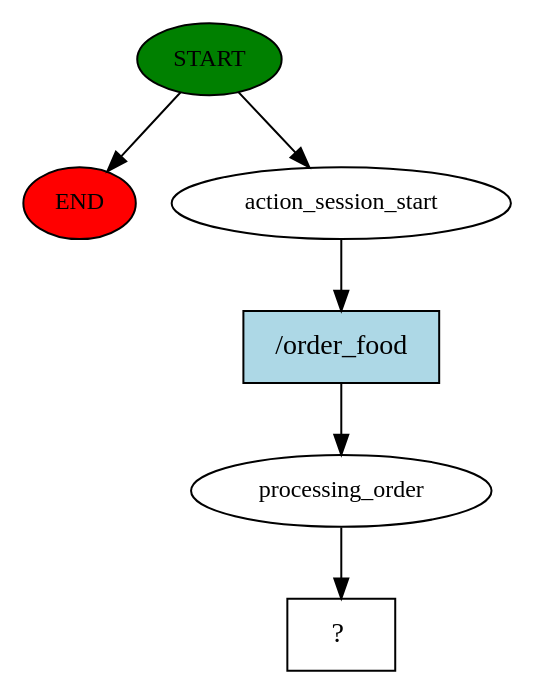
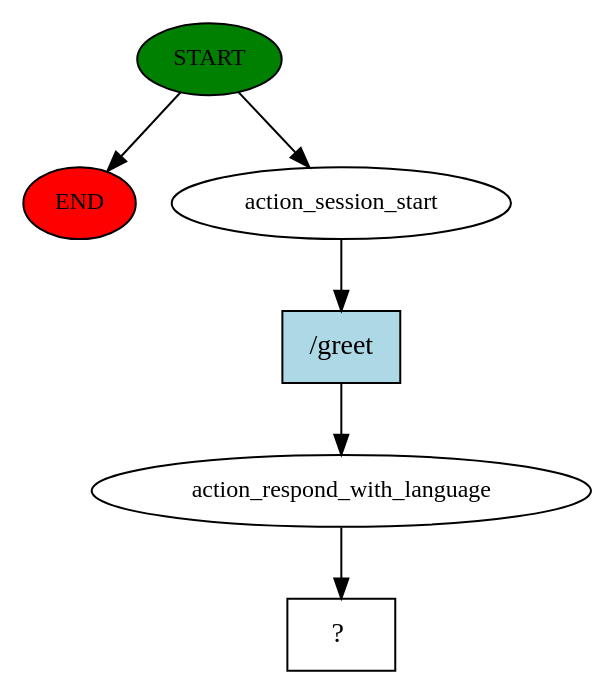
Before and after one commit to mhd-medfa/RasaRookie: the diagram in story_graph.dot, drawn with Graphviz. The commit also changed 9 other files, not shown here.

```diff
--- a/story_graph.dot
+++ b/story_graph.dot
@@ -1,13 +1,13 @@
 digraph  {
 0 [class="start active", fillcolor=green, fontsize=12, label=START, style=filled];
 "-1" [class=end, fillcolor=red, fontsize=12, label=END, style=filled];
 1 [class=active, fontsize=12, label=action_session_start];
-2 [class=active, fontsize=12, label=processing_order];
+2 [class=active, fontsize=12, label=action_respond_with_language];
 3 [class="intent dashed active", label="  ?  ", shape=rect];
-4 [class="intent active", fillcolor=lightblue, label="/order_food", shape=rect, style=filled];
+4 [class="intent active", fillcolor=lightblue, label="/greet", shape=rect, style=filled];
 0 -> "-1"  [class="", key=NONE, label=""];
 0 -> 1  [class=active, key=NONE, label=""];
 1 -> 4  [class=active, key=0];
 2 -> 3  [class=active, key=NONE, label=""];
 4 -> 2  [class=active, key=0];
 }
```
